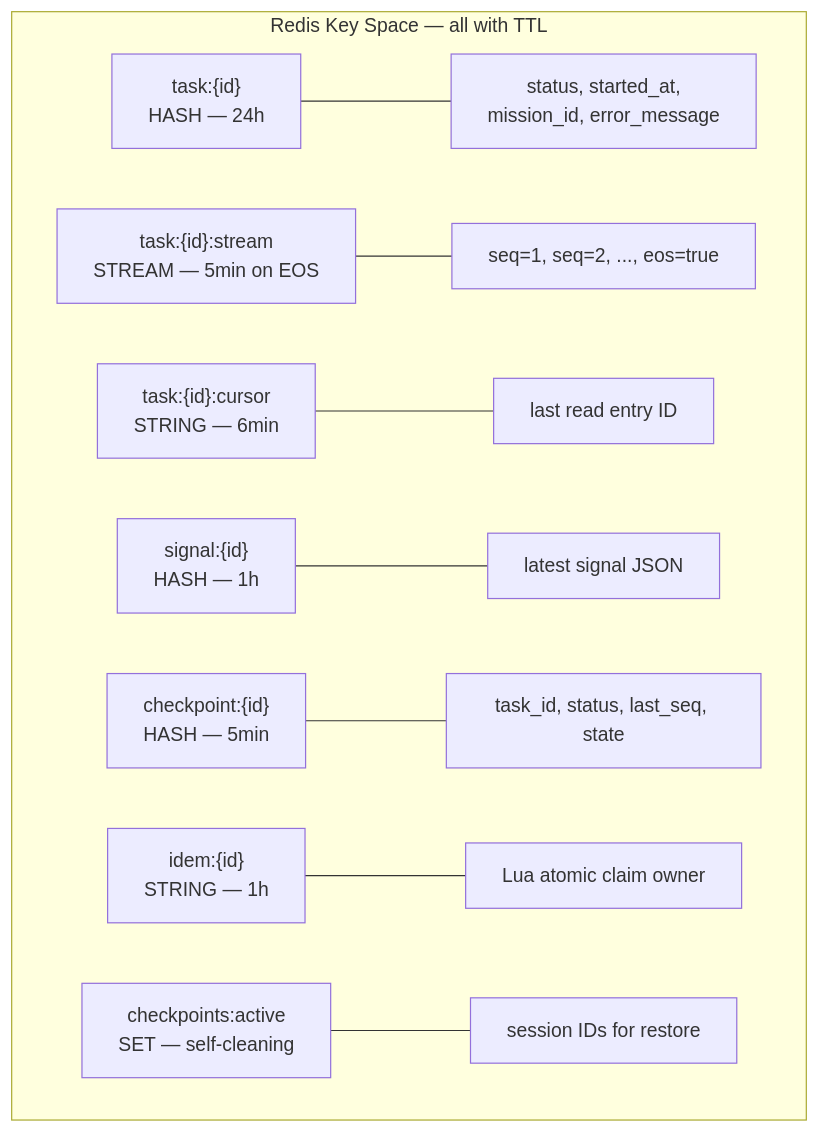
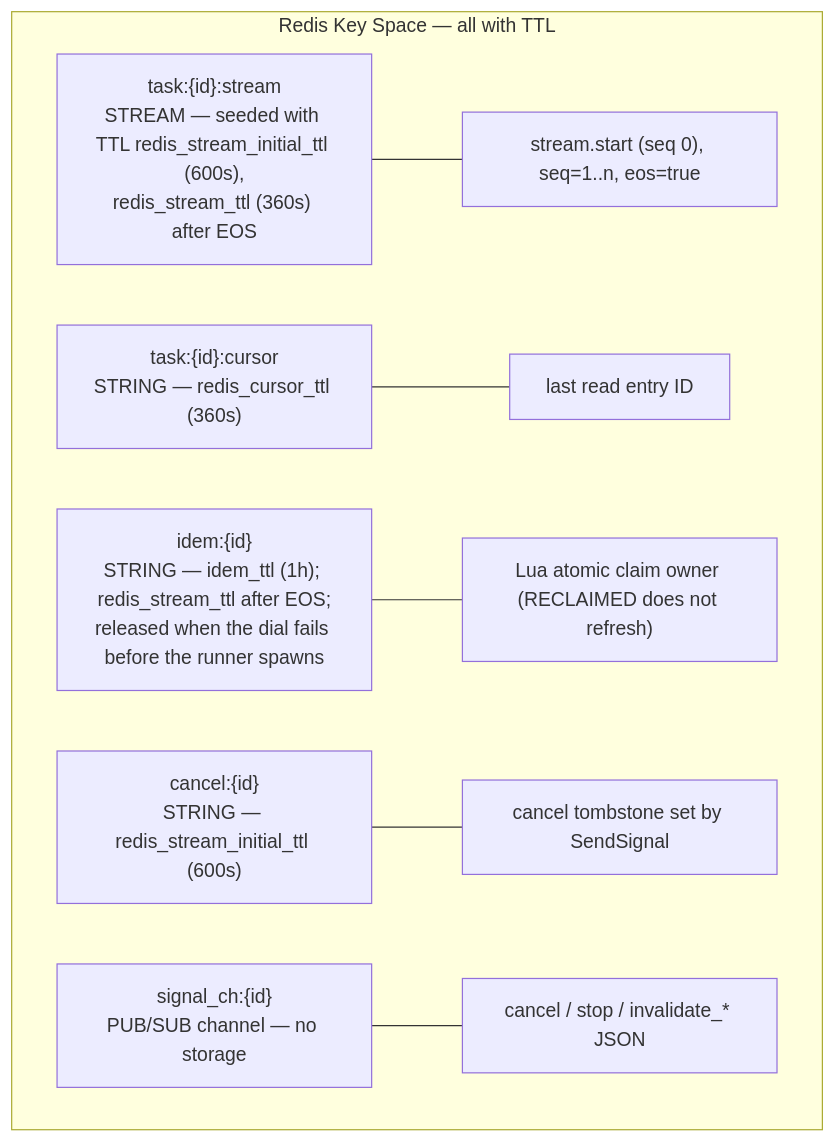
The diagram in docs/diagrams/06-redis-keys.mmd (DigitalKin-ai/digitalkin), drawn with Mermaid before and after one commit. The commit also changed 234 other files, not shown here.

```diff
--- a/docs/diagrams/06-redis-keys.mmd
+++ b/docs/diagrams/06-redis-keys.mmd
@@ -1,10 +1,8 @@
 flowchart TD
     subgraph "Redis Key Space — all with TTL"
-        T["task:{id}\nHASH — 24h"] --- S["status, started_at,\nmission_id, error_message"]
-        ST["task:{id}:stream\nSTREAM — 5min on EOS"] --- X["seq=1, seq=2, ..., eos=true"]
-        CUR["task:{id}:cursor\nSTRING — 6min"] --- P["last read entry ID"]
-        SIG["signal:{id}\nHASH — 1h"] --- H["latest signal JSON"]
-        CK["checkpoint:{id}\nHASH — 5min"] --- CH["task_id, status, last_seq, state"]
-        IDM["idem:{id}\nSTRING — 1h"] --- CL["Lua atomic claim owner"]
-        IDX["checkpoints:active\nSET — self-cleaning"] --- SE["session IDs for restore"]
+        ST["task:{id}:stream\nSTREAM — seeded with TTL redis_stream_initial_ttl (600s),\nredis_stream_ttl (360s) after EOS"] --- X["stream.start (seq 0), seq=1..n, eos=true"]
+        CUR["task:{id}:cursor\nSTRING — redis_cursor_ttl (360s)"] --- P["last read entry ID"]
+        IDM["idem:{id}\nSTRING — idem_ttl (1h); redis_stream_ttl after EOS;\nreleased when the dial fails before the runner spawns"] --- CL["Lua atomic claim owner (RECLAIMED does not refresh)"]
+        CAN["cancel:{id}\nSTRING — redis_stream_initial_ttl (600s)"] --- TB["cancel tombstone set by SendSignal"]
+        CH["signal_ch:{id}\nPUB/SUB channel — no storage"] --- SG["cancel / stop / invalidate_* JSON"]
     end
```
